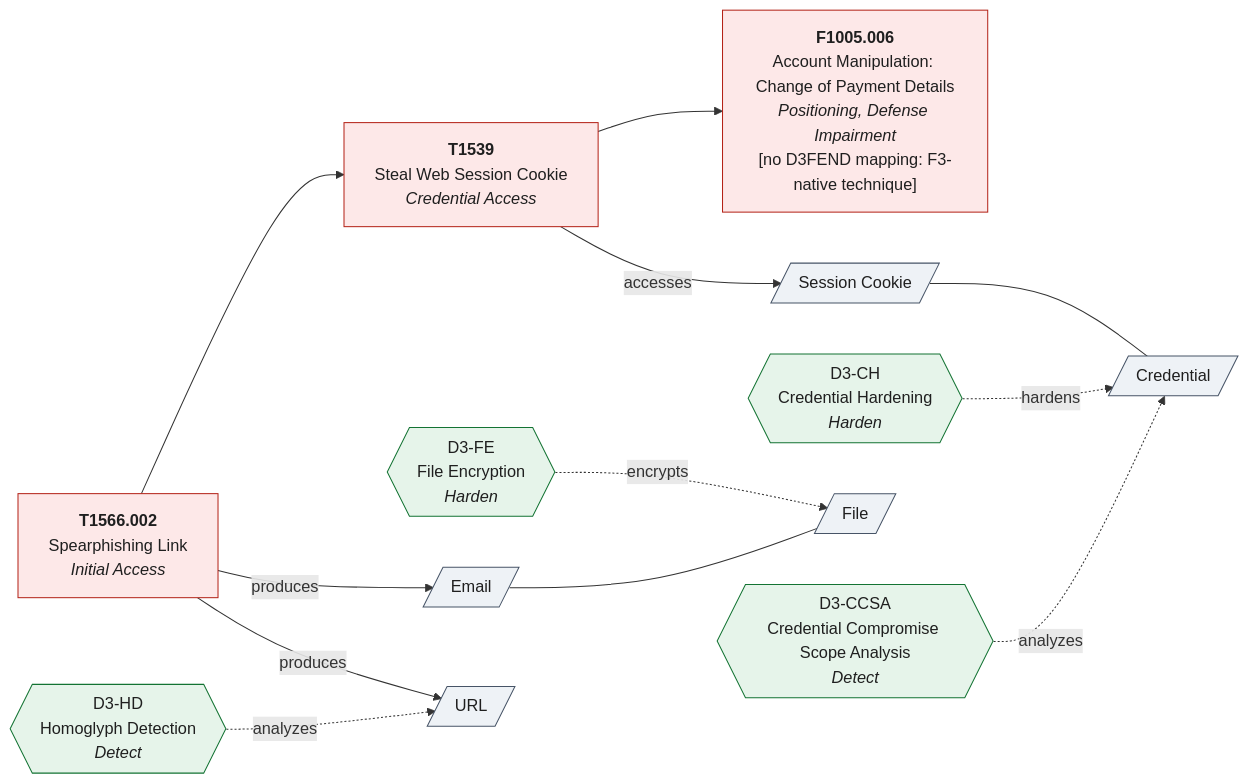
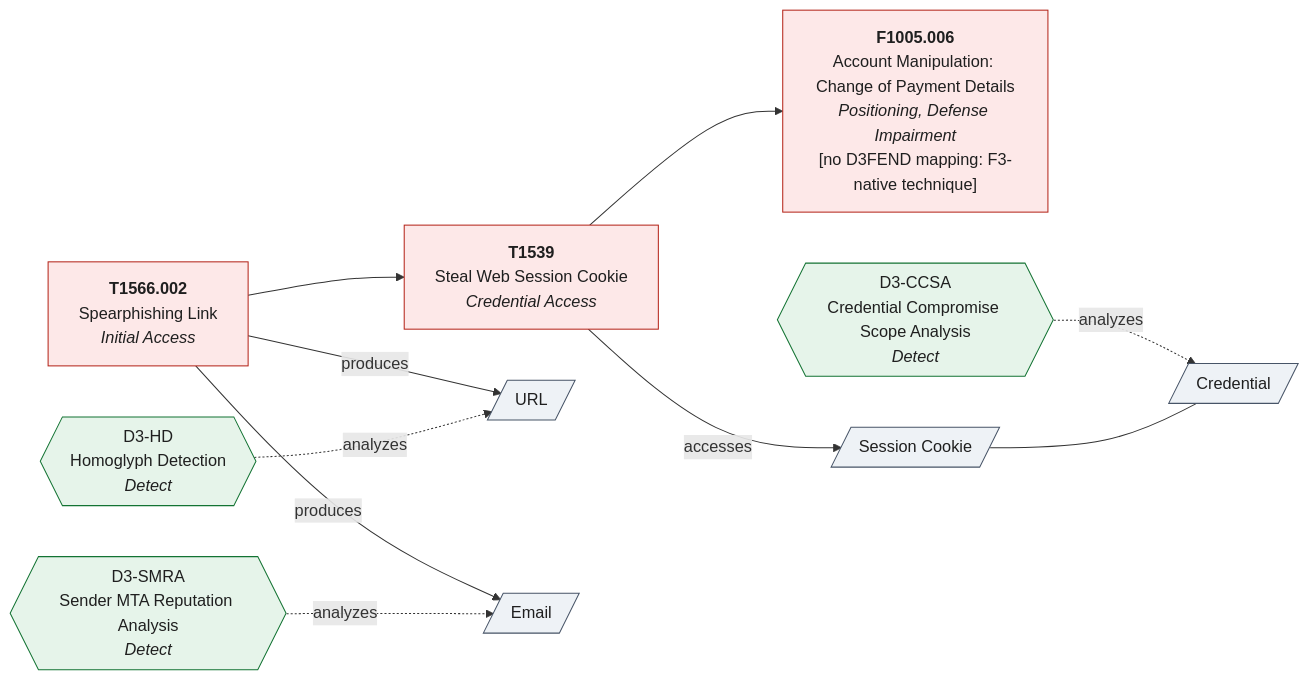
Before and after one commit to elchacal801/countermap: the diagram in README.md, drawn with Mermaid. The commit also changed other lines of this file and 1 other file, not shown here.

Commit message:
Limit the README example to D3FEND Detect countermeasures

````diff
--- a/README.md
+++ b/README.md
@@ -24,31 +24,27 @@
 ```mermaid
 flowchart LR
   %% AiTM phishing to payment redirection
   s1["<b>T1566.002</b><br/>Spearphishing Link<br/><i>Initial Access</i>"]:::step
   s2["<b>T1539</b><br/>Steal Web Session Cookie<br/><i>Credential Access</i>"]:::step
   s3["<b>F1005.006</b><br/>Account Manipulation: Change of Payment Details<br/><i>Positioning, Defense Impairment</i><br/>[no D3FEND mapping: F3-native technique]"]:::step
   s1 --> s2
   s2 --> s3
-  c1{{"D3-FE<br/>File Encryption<br/><i>Harden</i>"}}:::counter
-  a1[/"Email"/]:::artifact
-  a2[/"File"/]:::artifact
+  c1{{"D3-HD<br/>Homoglyph Detection<br/><i>Detect</i>"}}:::counter
+  a1[/"URL"/]:::artifact
   s1 -- "produces" --> a1
-  c1 -. "encrypts" .-> a2
-  a1 --- a2
-  c2{{"D3-HD<br/>Homoglyph Detection<br/><i>Detect</i>"}}:::counter
-  a3[/"URL"/]:::artifact
-  s1 -- "produces" --> a3
-  c2 -. "analyzes" .-> a3
-  c3{{"D3-CH<br/>Credential Hardening<br/><i>Harden</i>"}}:::counter
-  a4[/"Session Cookie"/]:::artifact
-  a5[/"Credential"/]:::artifact
-  s2 -- "accesses" --> a4
-  c3 -. "hardens" .-> a5
-  a4 --- a5
-  c4{{"D3-CCSA<br/>Credential Compromise Scope Analysis<br/><i>Detect</i>"}}:::counter
-  c4 -. "analyzes" .-> a5
+  c1 -. "analyzes" .-> a1
+  c2{{"D3-SMRA<br/>Sender MTA Reputation Analysis<br/><i>Detect</i>"}}:::counter
+  a2[/"Email"/]:::artifact
+  s1 -- "produces" --> a2
+  c2 -. "analyzes" .-> a2
+  c3{{"D3-CCSA<br/>Credential Compromise Scope Analysis<br/><i>Detect</i>"}}:::counter
+  a3[/"Session Cookie"/]:::artifact
+  a4[/"Credential"/]:::artifact
+  s2 -- "accesses" --> a3
+  c3 -. "analyzes" .-> a4
+  a3 --- a4
   classDef step fill:#fde8e8,stroke:#b42318,color:#1f1f1f
   classDef artifact fill:#eef2f6,stroke:#475467,color:#1f1f1f
   classDef counter fill:#e6f4ea,stroke:#137333,color:#1f1f1f
   classDef derived fill:#fff4e5,stroke:#b54708,color:#1f1f1f,stroke-dasharray: 4 3
 ```
````
